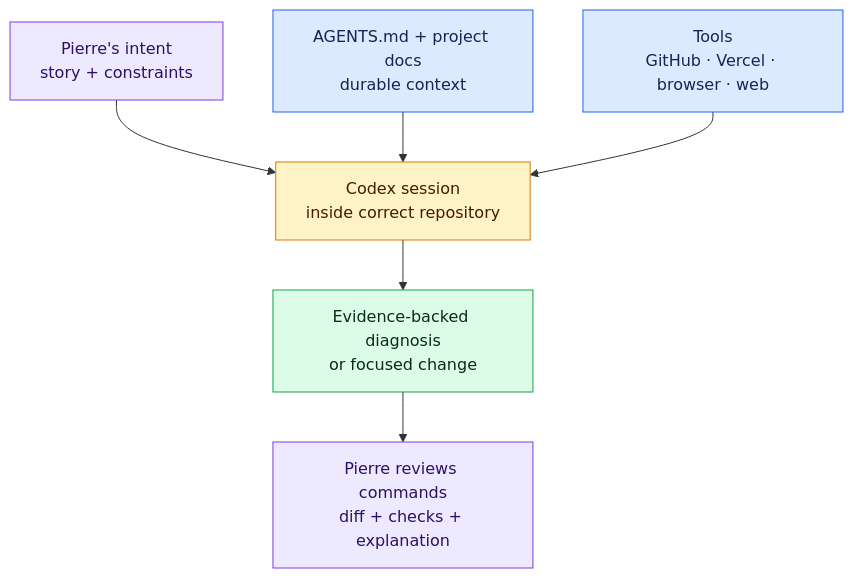
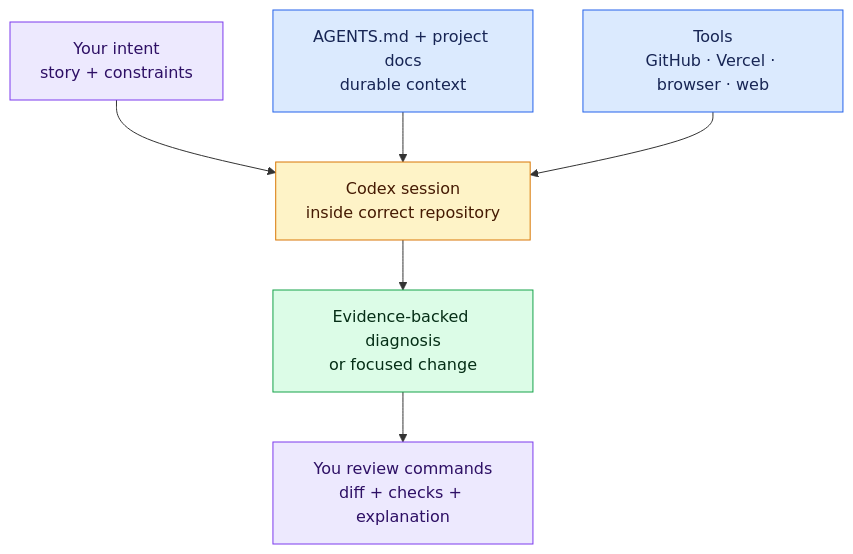
One commit to saliftankoano/pierre-build-program changed the diagram in curriculum/01-codex-developer-cockpit.md. Above: the diagram before and after it, drawn with Mermaid. The commit also changed other lines of this file and 110 other files, not shown here.

````diff
--- a/curriculum/01-codex-developer-cockpit.md
+++ b/curriculum/01-codex-developer-cockpit.md
@@ -12,17 +12,17 @@
 ```mermaid
 flowchart TB
-    P["Pierre's intent<br/>story + constraints"] --> C["Codex session<br/>inside correct repository"]
+    P["Your intent<br/>story + constraints"] --> C["Codex session<br/>inside correct repository"]
     I["AGENTS.md + project docs<br/>durable context"] --> C
     T["Tools<br/>GitHub · Vercel · browser · web"] --> C
     C --> D["Evidence-backed diagnosis<br/>or focused change"]
-    D --> R["Pierre reviews commands<br/>diff + checks + explanation"]
+    D --> R["You review commands<br/>diff + checks + explanation"]
 
     classDef human fill:#ede9fe,stroke:#7c3aed,color:#2e1065;
     classDef context fill:#dbeafe,stroke:#2563eb,color:#172554;
     classDef agent fill:#fef3c7,stroke:#d97706,color:#451a03;
     classDef verified fill:#dcfce7,stroke:#16a34a,color:#052e16;
     class P,R human;
     class I,T context;
     class C agent;
     class D verified;
 ```
````
